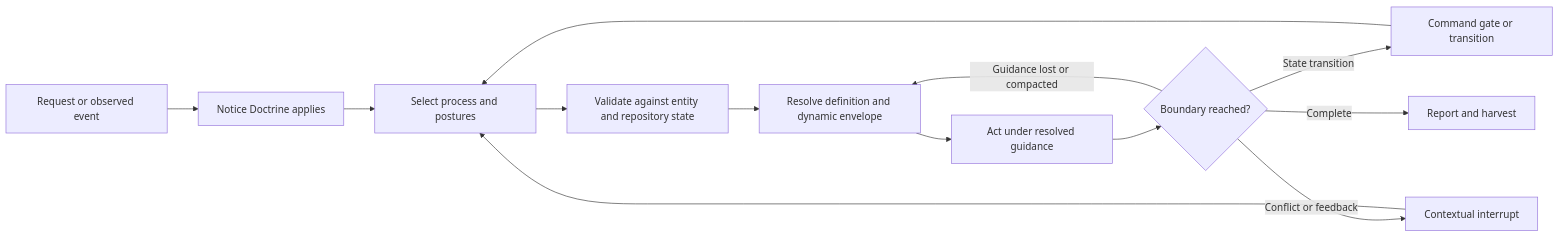
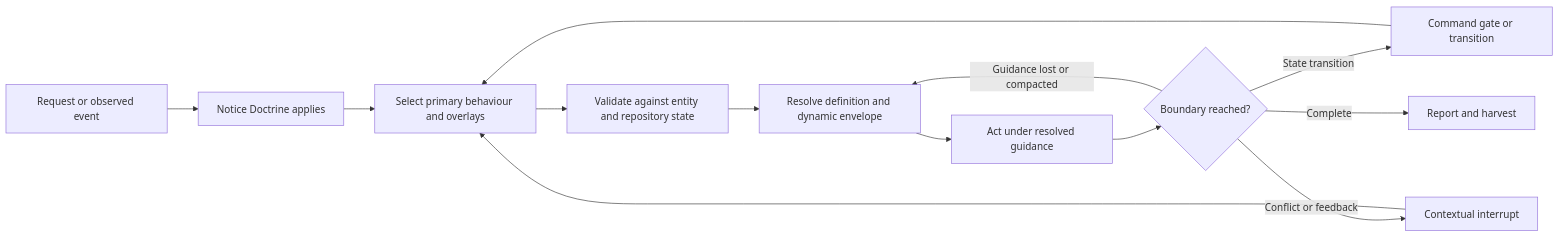
The first of 2 diagrams in .doctrine/rfc/021/rfc-021.md (davidlee/doctrine), drawn with Mermaid before and after one commit. The commit also changed other lines of this file and 1 other file, not shown here.

````diff
--- a/.doctrine/rfc/021/rfc-021.md
+++ b/.doctrine/rfc/021/rfc-021.md
@@ -302,15 +393,15 @@
 ```mermaid
 flowchart LR
     I[Request or observed event] --> N[Notice Doctrine applies]
-    N --> S[Select process and postures]
+    N --> S[Select primary behaviour and overlays]
     S --> V[Validate against entity and repository state]
     V --> R[Resolve definition and dynamic envelope]
     R --> A[Act under resolved guidance]
     A --> B{Boundary reached?}
     B -->|State transition| T[Command gate or transition]
     T --> S
     B -->|Guidance lost or compacted| R
     B -->|Conflict or feedback| X[Contextual interrupt]
     X --> S
     B -->|Complete| H[Report and harvest]
 ```
````
